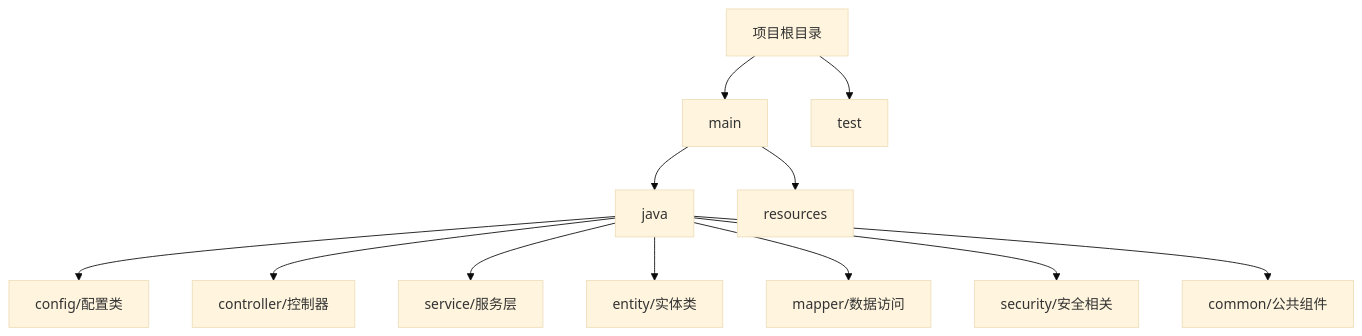
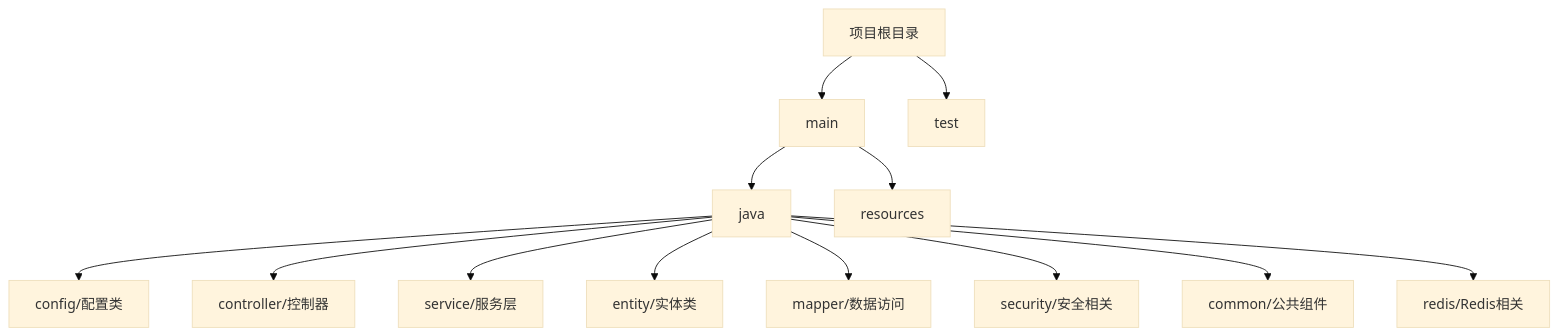
The second of 2 diagrams in README.md (xiaoyihao001018/byron_java), drawn with Mermaid (base theme) before and after one commit. The commit also changed other lines of this file and 10 other files, not shown here.

````diff
--- a/README.md
+++ b/README.md
@@ -36,14 +39,15 @@
 ```mermaid
 graph TD
     A[项目根目录] --> B[main]
     A --> C[test]
     B --> D[java]
     B --> E[resources]
     D --> F[config/配置类]
     D --> G[controller/控制器]
     D --> H[service/服务层]
     D --> I[entity/实体类]
     D --> J[mapper/数据访问]
     D --> K[security/安全相关]
     D --> L[common/公共组件]
+    D --> M[redis/Redis相关]
 ```
````
